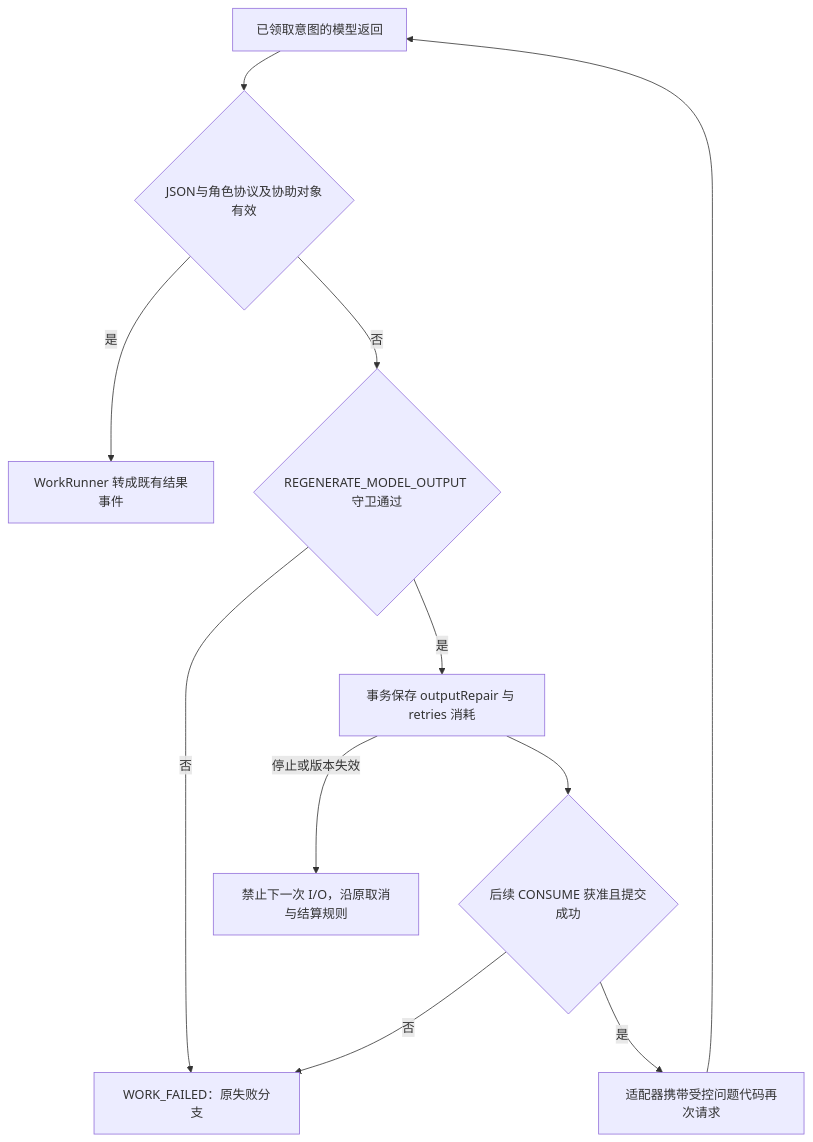
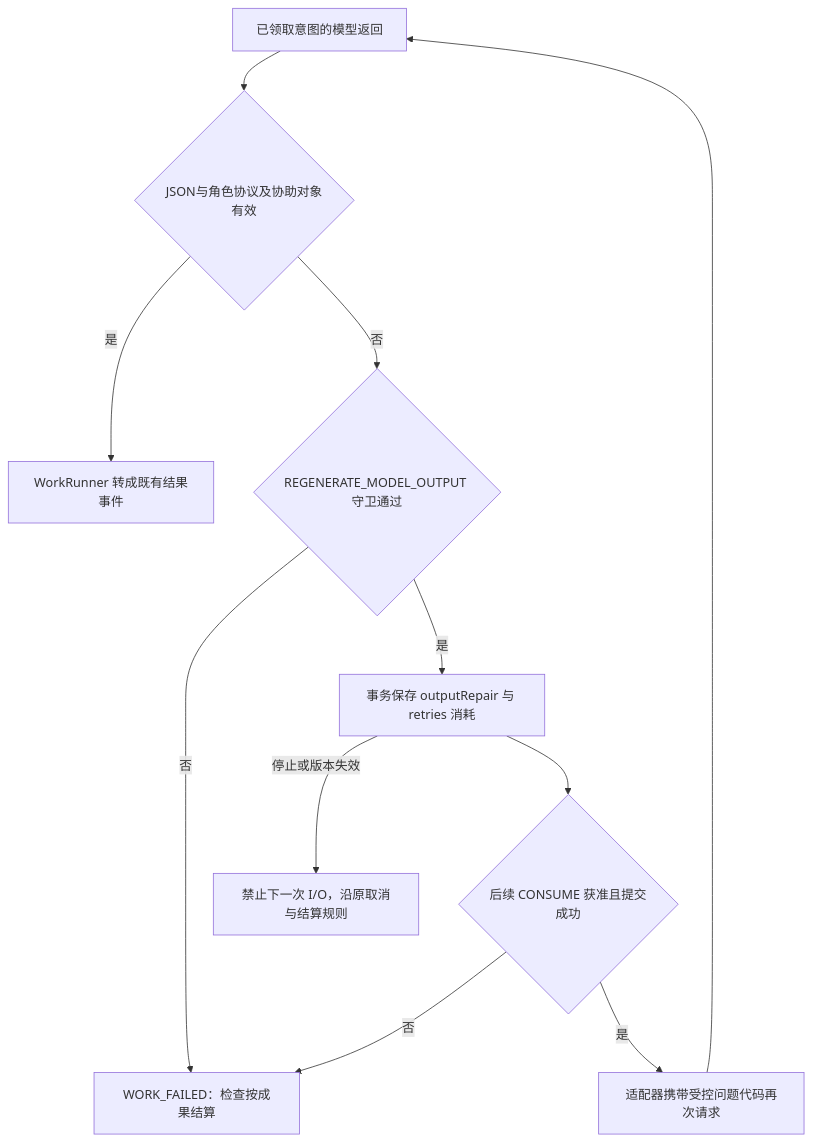
Diagram 15 of 43 in docs/state-diagrams.md (kejun/squad), drawn with Mermaid before and after one commit. The commit also changed other lines of this file and 6 other files, not shown here.

````diff
--- a/docs/state-diagrams.md
+++ b/docs/state-diagrams.md
@@ -391,13 +397,13 @@
 ```mermaid
 flowchart TD
     R["已领取意图的模型返回"] --> V{"JSON与角色协议及协助对象有效"}
     V -->|是| E["WorkRunner 转成既有结果事件"]
     V -->|否| A{"REGENERATE_MODEL_OUTPUT 守卫通过"}
     A -->|是| S["事务保存 outputRepair 与 retries 消耗"]
     S --> C{"后续 CONSUME 获准且提交成功"}
     C -->|是| H["适配器携带受控问题代码再次请求"]
     H --> R
-    A -->|否| F["WORK_FAILED：原失败分支"]
+    A -->|否| F["WORK_FAILED：检查按成果结算"]
     C -->|否| F
     S -->|停止或版本失效| N["禁止下一次 I/O，沿原取消与结算规则"]
 ```
````
